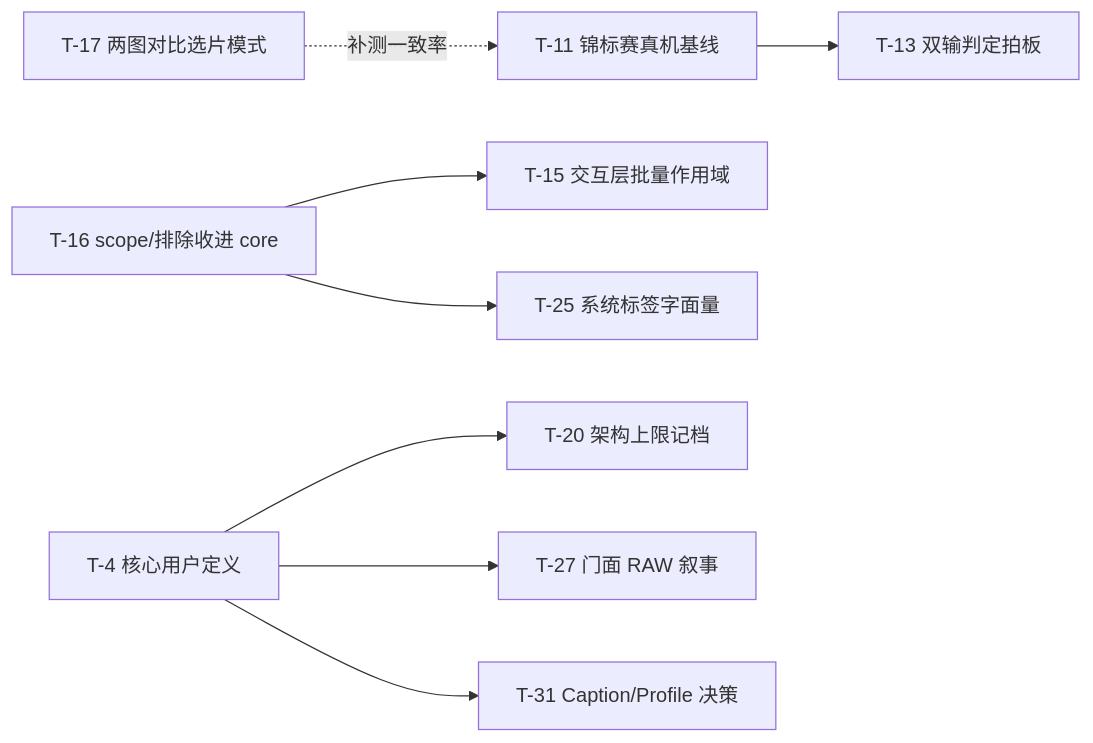
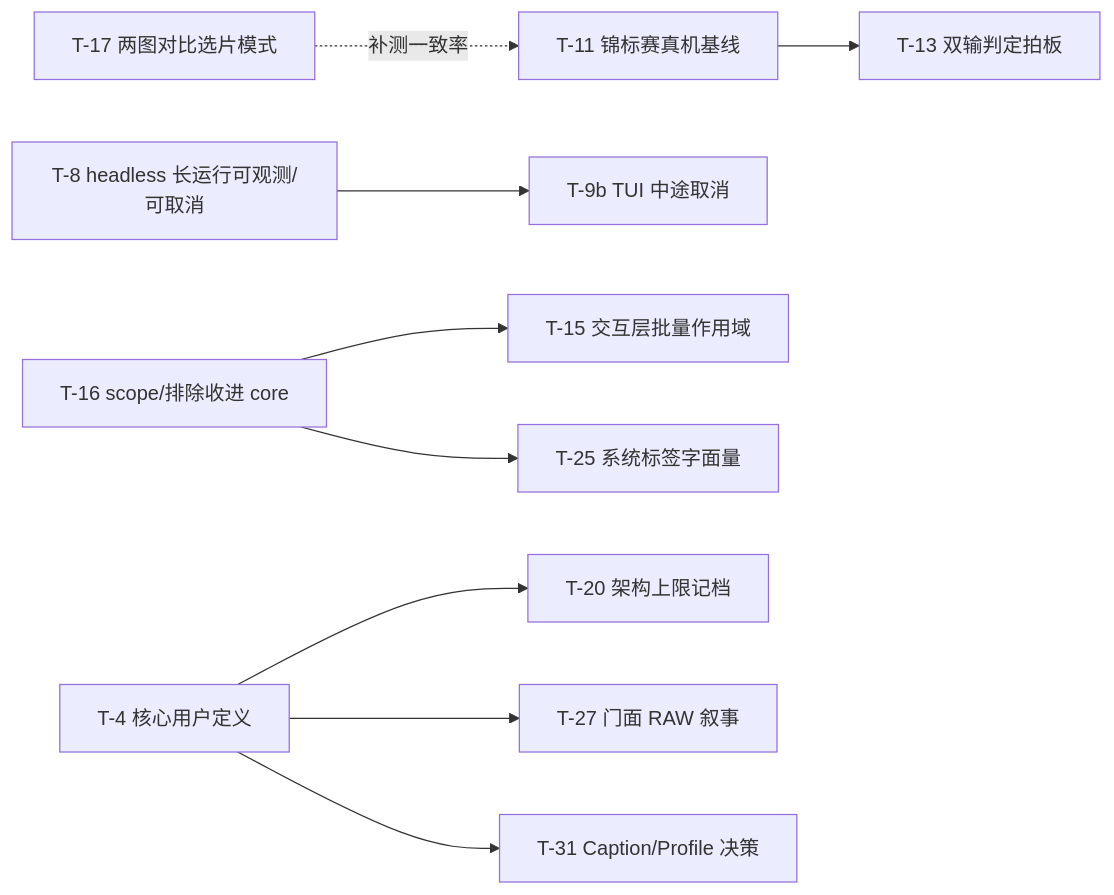
One commit to wangliyangleon/picztream changed the diagram in docs/proposal-2026-07-25.md. Above: the diagram before and after it, drawn with Mermaid. The commit also changed other lines of this file, not shown here.

````diff
--- a/docs/proposal-2026-07-25.md
+++ b/docs/proposal-2026-07-25.md
@@ -272,10 +276,11 @@
 ```mermaid
 graph LR
   T11[T-11 锦标赛真机基线] --> T13[T-13 双输判定拍板]
+  T8[T-8 headless 长运行可观测/可取消] --> T9b[T-9b TUI 中途取消]
   T16[T-16 scope/排除收进 core] --> T15[T-15 交互层批量作用域]
   T16 --> T25[T-25 系统标签字面量]
   T4[T-4 核心用户定义] --> T20[T-20 架构上限记档]
   T4 --> T27[T-27 门面 RAW 叙事]
   T4 --> T31[T-31 Caption/Profile 决策]
   T17[T-17 两图对比选片模式] -.补测一致率.-> T11
 ```
````
